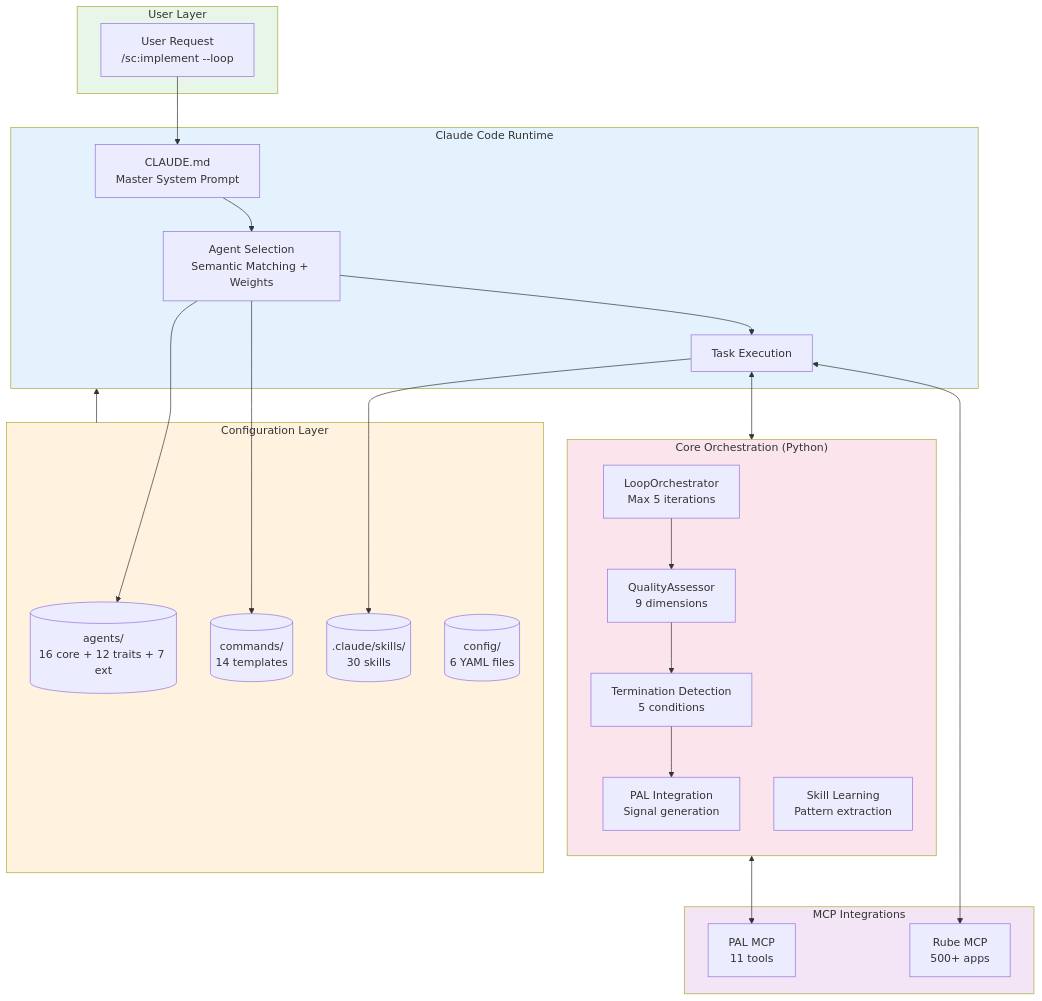
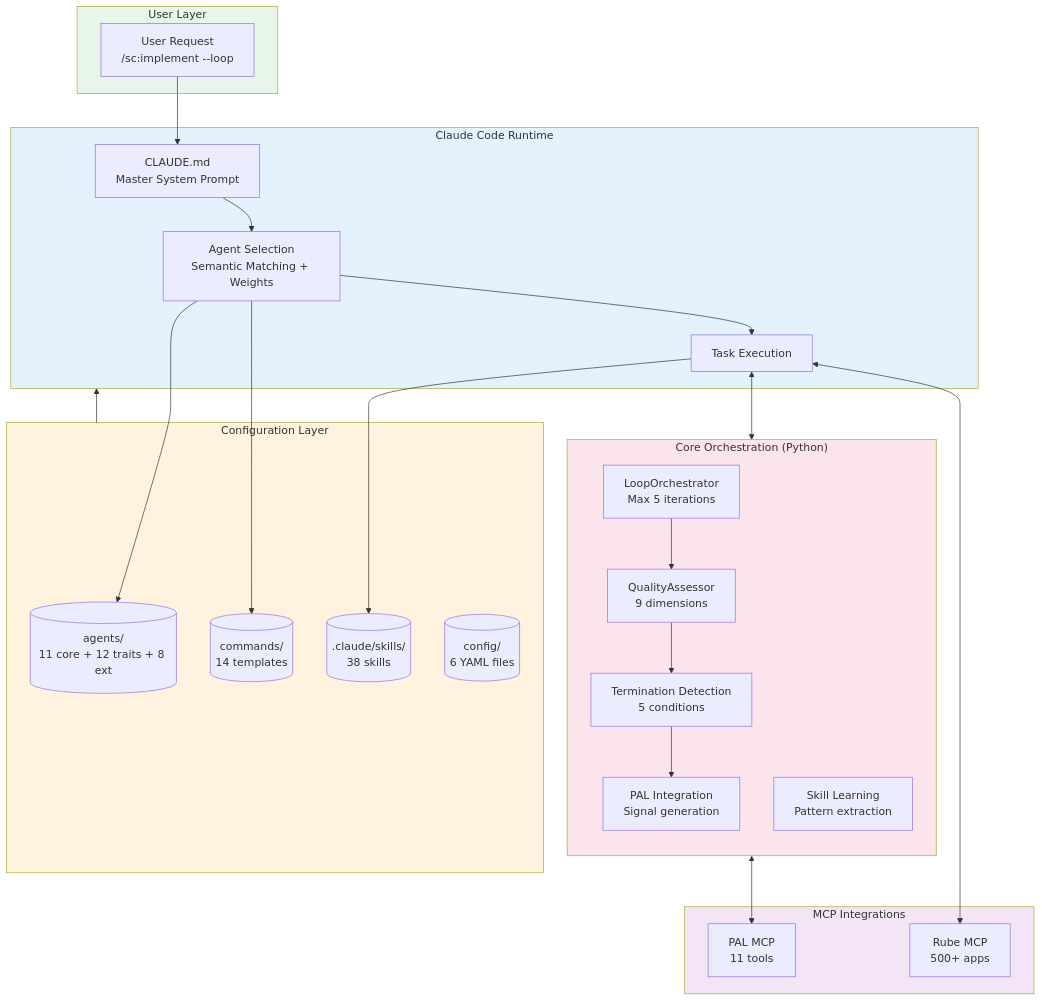
The first of 9 diagrams in README.md (Tony363/SuperClaude), drawn with Mermaid before and after one commit. The commit also changed other lines of this file and 89 other files, not shown here.

First line of the commit message:
feat: consolidate agents and port Ocelot configs as new skills (#61)

````diff
--- a/README.md
+++ b/README.md
@@ -128,53 +133,53 @@
 ```mermaid
 flowchart TB
     subgraph User["User Layer"]
         REQ["User Request<br/>/sc:implement --loop"]
     end
 
     subgraph Runtime["Claude Code Runtime"]
         CLAUDE["CLAUDE.md<br/>Master System Prompt"]
         SELECT["Agent Selection<br/>Semantic Matching + Weights"]
         EXEC["Task Execution"]
     end
 
     subgraph Config["Configuration Layer"]
-        AGENTS[("agents/<br/>16 core + 12 traits + 7 ext")]
+        AGENTS[("agents/<br/>11 core + 12 traits + 8 ext")]
         COMMANDS[("commands/<br/>14 templates")]
-        SKILLS[(".claude/skills/<br/>30 skills")]
+        SKILLS[(".claude/skills/<br/>38 skills")]
         YAML[("config/<br/>6 YAML files")]
     end
 
     subgraph Core["Core Orchestration (Python)"]
         direction TB
         LOOP["LoopOrchestrator<br/>Max 5 iterations"]
         QUALITY["QualityAssessor<br/>9 dimensions"]
         TERM["Termination Detection<br/>5 conditions"]
         PALINT["PAL Integration<br/>Signal generation"]
         LEARN["Skill Learning<br/>Pattern extraction"]
     end
 
     subgraph MCP["MCP Integrations"]
         PAL["PAL MCP<br/>11 tools"]
         RUBE["Rube MCP<br/>500+ apps"]
     end
 
     REQ --> CLAUDE
     CLAUDE --> SELECT
     SELECT --> AGENTS
     SELECT --> COMMANDS
     SELECT --> EXEC
     EXEC --> SKILLS
     EXEC <--> Core
     LOOP --> QUALITY
     QUALITY --> TERM
     TERM --> PALINT
     PALINT <--> PAL
     EXEC <--> RUBE
     Config --> Runtime
 
     style User fill:#e8f5e9
     style Runtime fill:#e3f2fd
     style Config fill:#fff3e0
     style Core fill:#fce4ec
     style MCP fill:#f3e5f5
 ```
````
